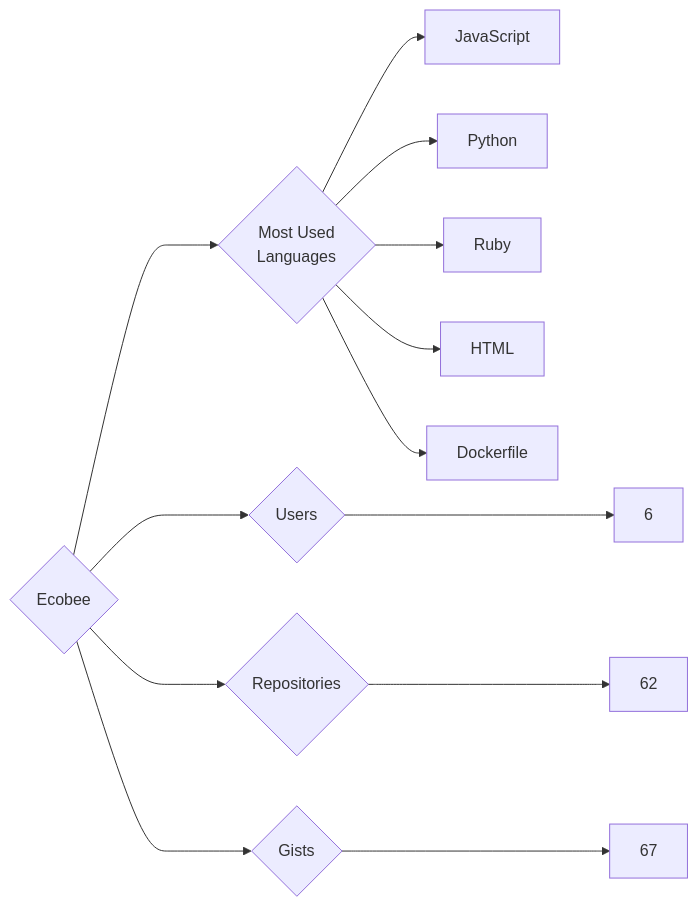
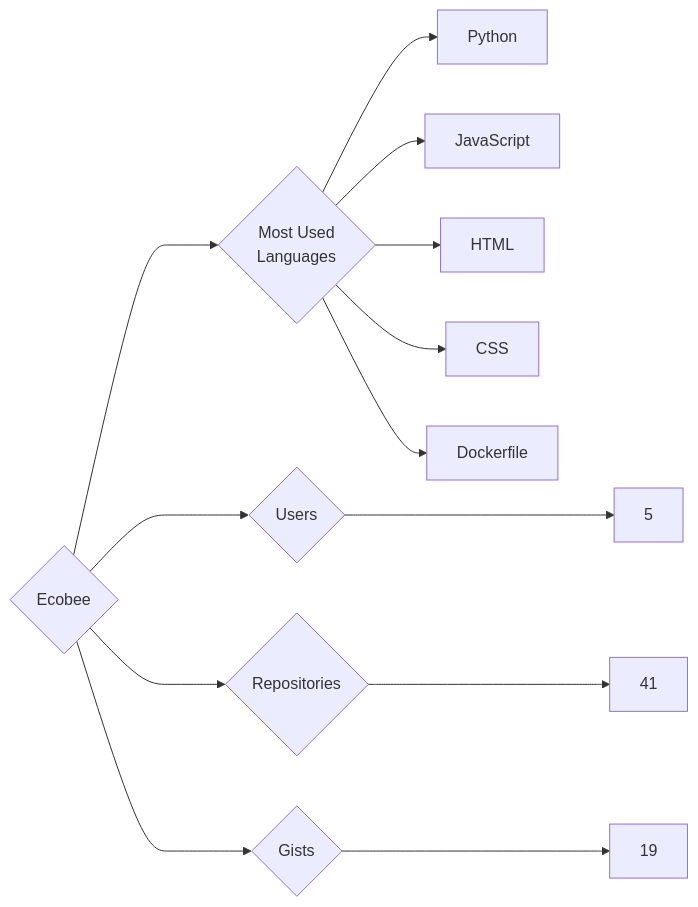
One commit to trickest/insiders changed the diagram in targets/Ecobee/README.md. Above: the diagram before and after it, drawn with Mermaid. The commit also changed 993 other files, not shown here.

````diff
--- a/targets/Ecobee/README.md
+++ b/targets/Ecobee/README.md
@@ -3,13 +3,13 @@
 ```mermaid
 graph LR
 COMPANY_NAME{Ecobee}
-COMPANY_NAME ---> U{Users} ---> UN[6]
-COMPANY_NAME ---> R{Repositories} ---> RN[62]
-COMPANY_NAME ---> G{Gists} ---> GN[67]
+COMPANY_NAME ---> U{Users} ---> UN[5]
+COMPANY_NAME ---> R{Repositories} ---> RN[41]
+COMPANY_NAME ---> G{Gists} ---> GN[19]
 COMPANY_NAME ---> ML{Most Used<br>Languages}
+ML --> Python[Python]
 ML --> JavaScript[JavaScript]
-ML --> Python[Python]
-ML --> Ruby[Ruby]
 ML --> HTML[HTML]
+ML --> CSS[CSS]
 ML --> Dockerfile[Dockerfile]
 ```
````
